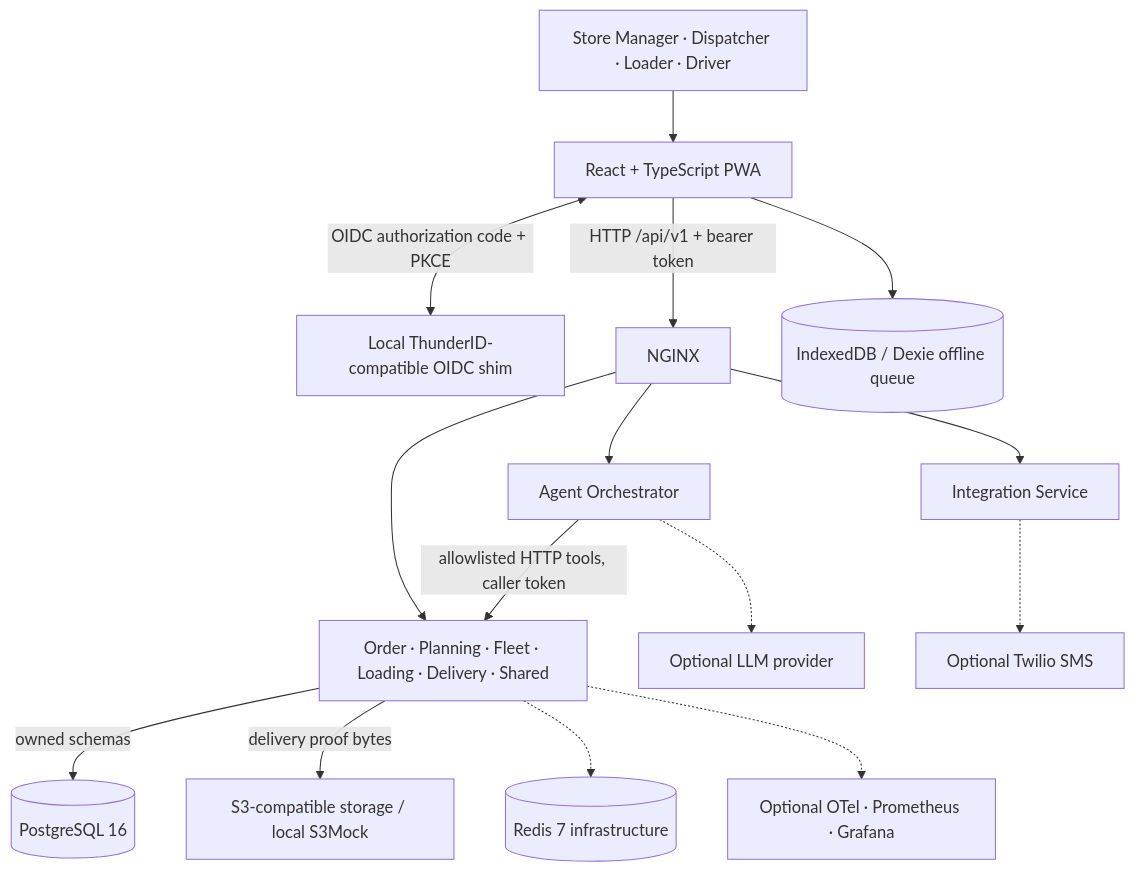
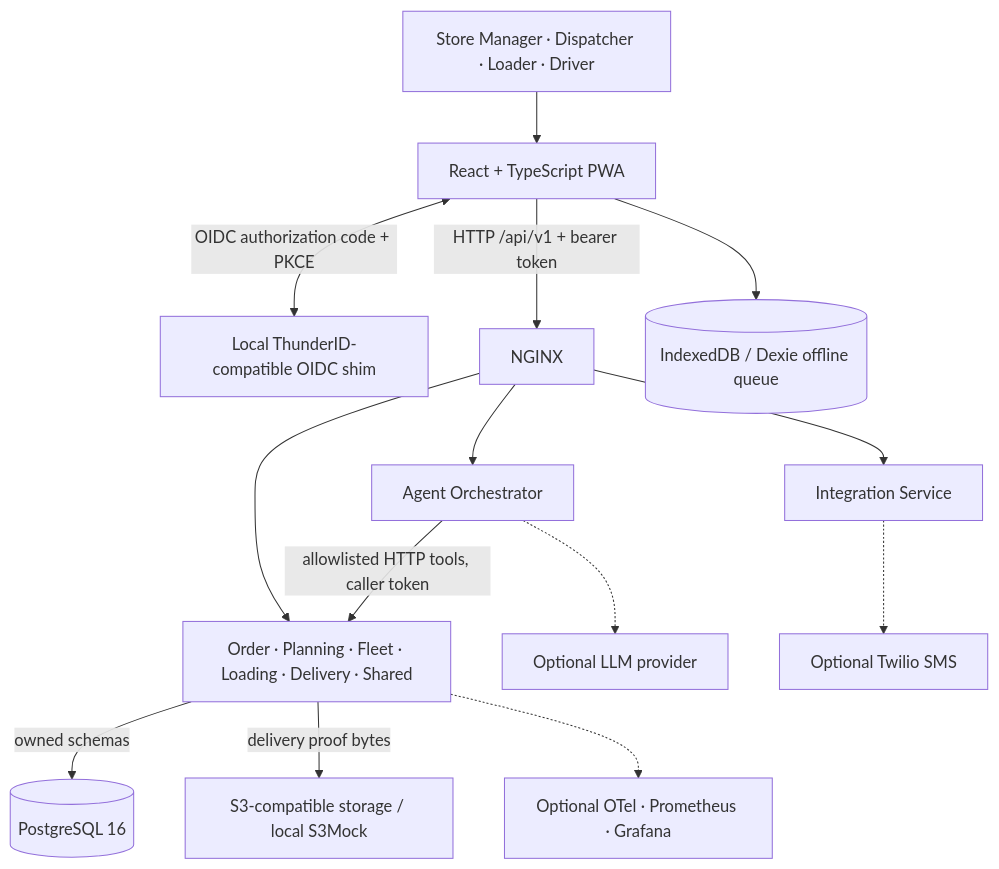
One commit to HasinduNimesh/ClapTac-tech-triathlon changed the first of 2 diagrams in README.md. Above: the diagram before and after it, drawn with Mermaid. The commit also changed other lines of this file and 10 other files, not shown here.

````diff
--- a/README.md
+++ b/README.md
@@ -274,17 +272,16 @@
 ```mermaid
 flowchart TB
     People["Store Manager · Dispatcher · Loader · Driver"] --> Web["React + TypeScript PWA"]
     Web <-->|"OIDC authorization code + PKCE"| Identity["Local ThunderID-compatible OIDC shim"]
     Web -->|"HTTP /api/v1 + bearer token"| Edge["NGINX"]
     Edge --> Domain["Order · Planning · Fleet · Loading · Delivery · Shared"]
     Edge --> Integration["Integration Service"]
     Edge --> Agent["Agent Orchestrator"]
     Domain -->|"owned schemas"| DB[("PostgreSQL 16")]
     Domain -->|"delivery proof bytes"| S3["S3-compatible storage / local S3Mock"]
-    Domain -.-> Redis[("Redis 7 infrastructure")]
     Web --> Local[("IndexedDB / Dexie offline queue")]
     Agent -->|"allowlisted HTTP tools, caller token"| Domain
     Agent -.-> LLM["Optional LLM provider"]
     Integration -.-> SMS["Optional Twilio SMS"]
     Domain -.-> Telemetry["Optional OTel · Prometheus · Grafana"]
 ```
````
